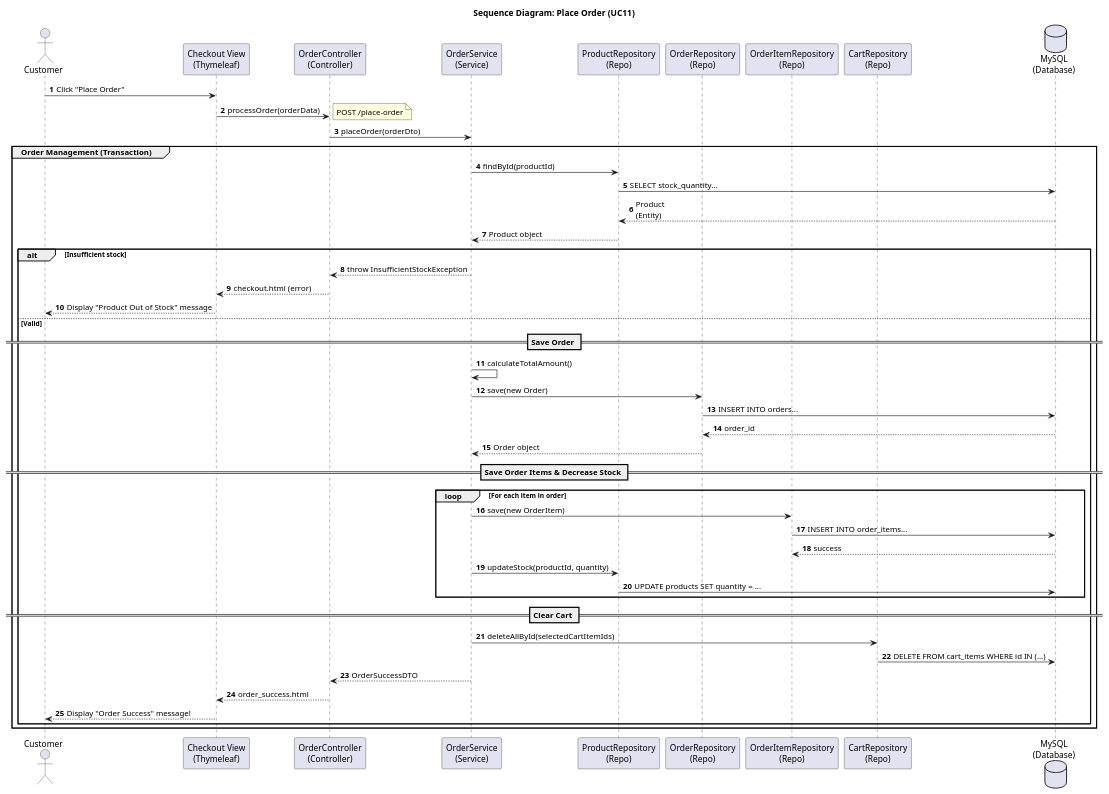
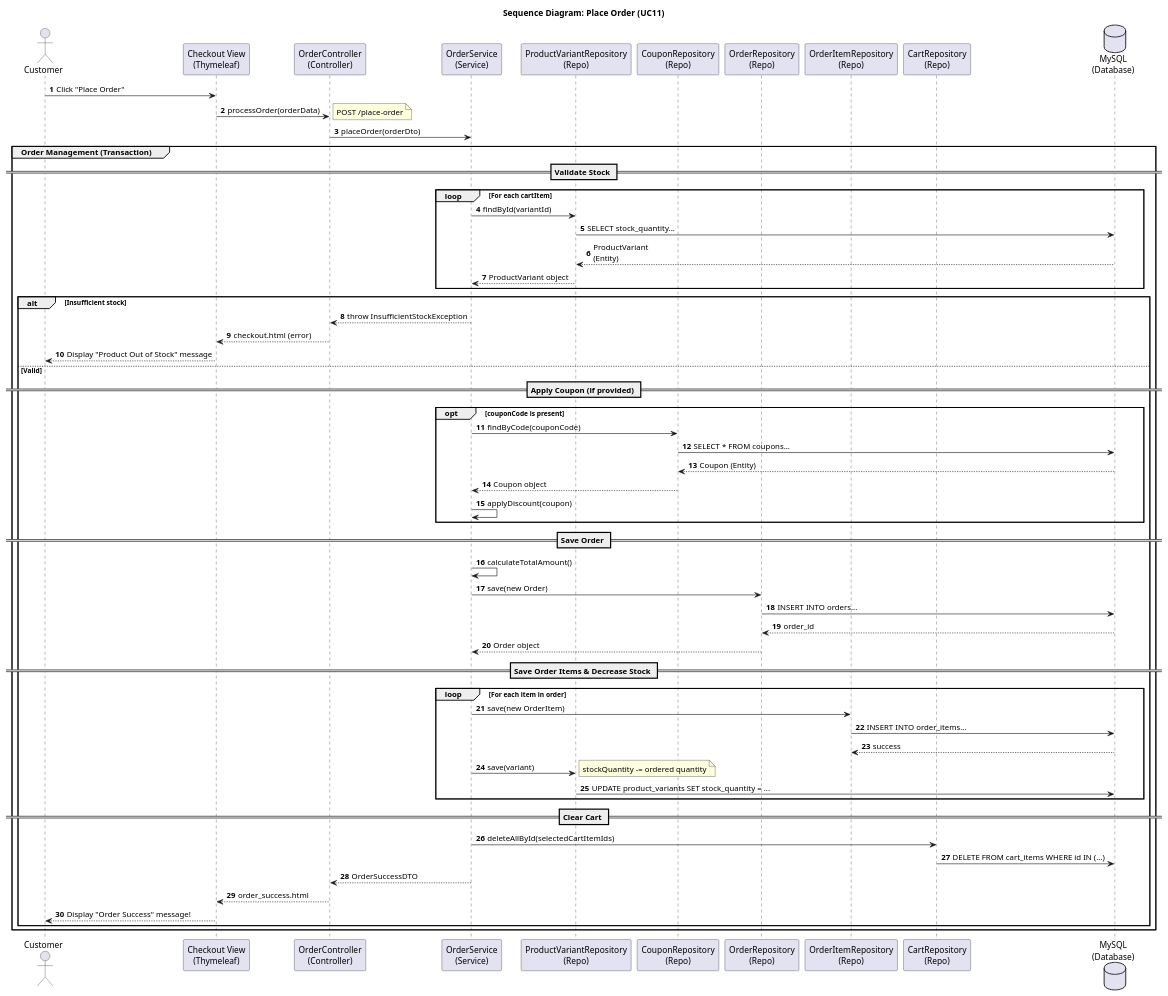
The diagram in src/main/java/org/example/fashionstoresystem/uml/Sequence/SD11_PlaceOrder.puml (Peterdir/fashion-store-system), drawn with PlantUML before and after one commit. The commit also changed 10 other files, not shown here.

```diff
--- a/src/main/java/org/example/fashionstoresystem/uml/Sequence/SD11_PlaceOrder.puml
+++ b/src/main/java/org/example/fashionstoresystem/uml/Sequence/SD11_PlaceOrder.puml
@@ -1,57 +1,71 @@
 @startuml
 title Sequence Diagram: Place Order (UC11)
 
 autonumber
 actor Customer
 participant "Checkout View\n(Thymeleaf)" as View
 participant "OrderController\n(Controller)" as Controller
 participant "OrderService\n(Service)" as Service
-participant "ProductRepository\n(Repo)" as ProductRepo
+participant "ProductVariantRepository\n(Repo)" as VariantRepo
+participant "CouponRepository\n(Repo)" as CouponRepo
 participant "OrderRepository\n(Repo)" as OrderRepo
 participant "OrderItemRepository\n(Repo)" as ItemRepo
 participant "CartRepository\n(Repo)" as CartRepo
 database "MySQL\n(Database)" as DB
 
 Customer -> View : Click "Place Order"
 View -> Controller : processOrder(orderData)
 note right: POST /place-order
 Controller -> Service : placeOrder(orderDto)
 
 group Order Management (Transaction)
-    Service -> ProductRepo : findById(productId)
-    ProductRepo -> DB : SELECT stock_quantity...
-    DB --> ProductRepo : Product\n(Entity)
-    ProductRepo --> Service : Product object
+    == Validate Stock ==
+    loop For each cartItem
+        Service -> VariantRepo : findById(variantId)
+        VariantRepo -> DB : SELECT stock_quantity...
+        DB --> VariantRepo : ProductVariant\n(Entity)
+        VariantRepo --> Service : ProductVariant object
+    end
 
     alt Insufficient stock
         Service --> Controller : throw InsufficientStockException
         Controller --> View : checkout.html (error)
         View --> Customer : Display "Product Out of Stock" message
     else Valid
+        == Apply Coupon (if provided) ==
+        opt couponCode is present
+            Service -> CouponRepo : findByCode(couponCode)
+            CouponRepo -> DB : SELECT * FROM coupons...
+            DB --> CouponRepo : Coupon (Entity)
+            CouponRepo --> Service : Coupon object
+            Service -> Service : applyDiscount(coupon)
+        end
+
         == Save Order ==
         Service -> Service : calculateTotalAmount()
         Service -> OrderRepo : save(new Order)
         OrderRepo -> DB : INSERT INTO orders...
         DB --> OrderRepo : order_id
         OrderRepo --> Service : Order object
 
         == Save Order Items & Decrease Stock ==
         loop For each item in order
             Service -> ItemRepo : save(new OrderItem)
             ItemRepo -> DB : INSERT INTO order_items...
             DB --> ItemRepo : success
 
-            Service -> ProductRepo : updateStock(productId, quantity)
-            ProductRepo -> DB : UPDATE products SET quantity = ...
+            Service -> VariantRepo : save(variant)
+            note right: stockQuantity -= ordered quantity
+            VariantRepo -> DB : UPDATE product_variants SET stock_quantity = ...
         end
 
         == Clear Cart ==
         Service -> CartRepo : deleteAllById(selectedCartItemIds)
         CartRepo -> DB : DELETE FROM cart_items WHERE id IN (...)
 
         Service --> Controller : OrderSuccessDTO
         Controller --> View : order_success.html
         View --> Customer : Display "Order Success" message!
     end
 end
 @enduml
```
